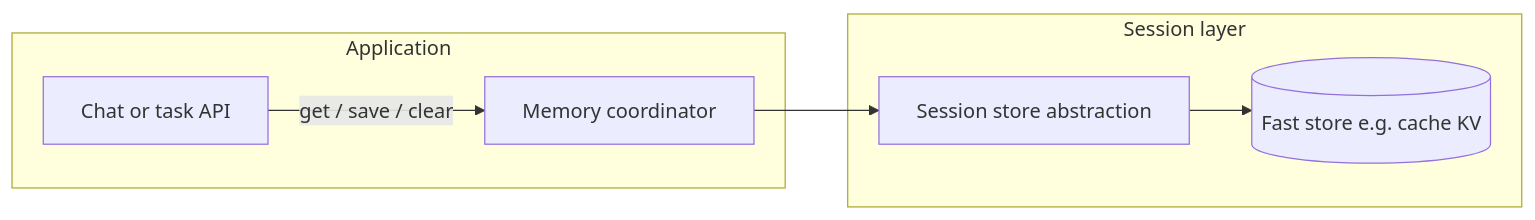
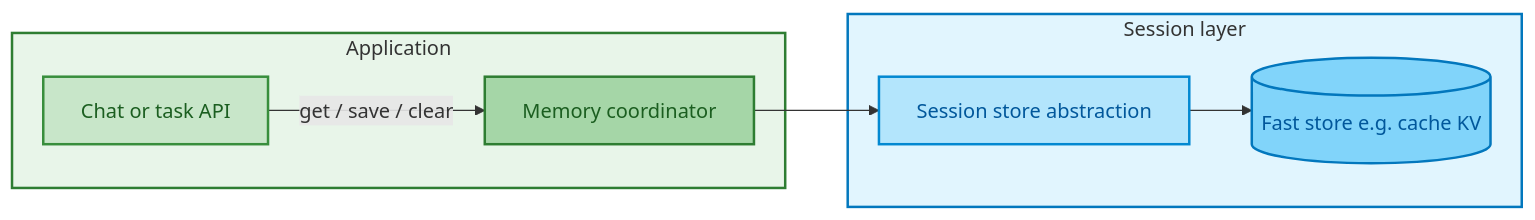
Before and after one commit to srirama4n/adk_long_term: the seventh of 10 diagrams in docs/doc.md, drawn with Mermaid. The commit also changed other lines of this file, not shown here.

````diff
--- a/docs/doc.md
+++ b/docs/doc.md
@@ -249,16 +303,23 @@
 ```mermaid
 flowchart LR
     subgraph App["Application"]
         API[Chat or task API]
         MW[Memory coordinator]
     end
 
     subgraph Session["Session layer"]
         Store[Session store abstraction]
         Backing[(Fast store e.g. cache KV)]
     end
 
     API -->|get / save / clear| MW
     MW --> Store
     Store --> Backing
+
+    style App fill:#E8F5E9,stroke:#2E7D32,stroke-width:2px
+    style Session fill:#E1F5FE,stroke:#0277BD,stroke-width:2px
+    style API fill:#C8E6C9,stroke:#388E3C,stroke-width:2px,color:#1B5E20
+    style MW fill:#A5D6A7,stroke:#2E7D32,stroke-width:2px,color:#1B5E20
+    style Store fill:#B3E5FC,stroke:#0288D1,stroke-width:2px,color:#01579B
+    style Backing fill:#81D4FA,stroke:#0277BD,stroke-width:2px,color:#01579B
 ```
````
